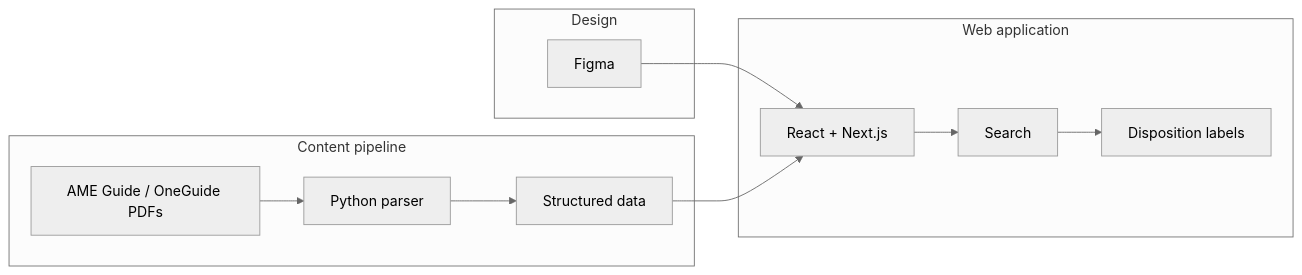
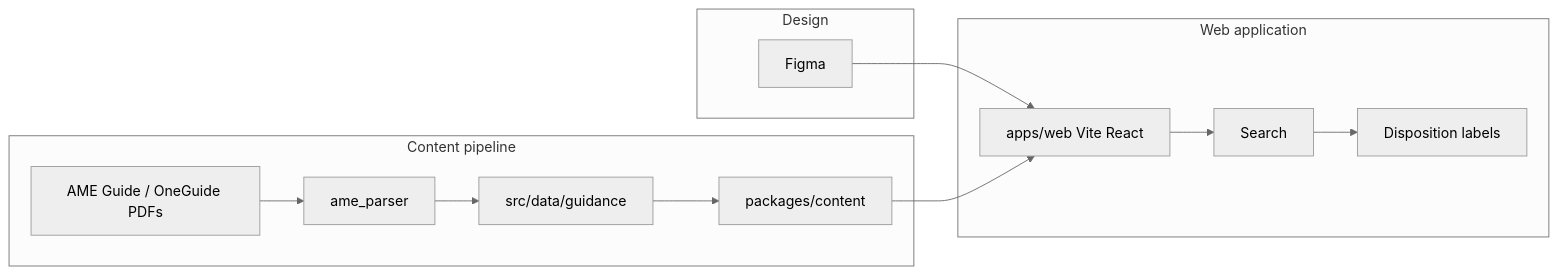
One commit to Colby-Frison/Capstone-Fall2026 changed the diagram in README.md. Above: the diagram before and after it, drawn with Mermaid (neutral theme). The commit also changed other lines of this file and 80 other files, not shown here.

````diff
--- a/README.md
+++ b/README.md
@@ -73,24 +74,24 @@
 ```mermaid
 flowchart LR
     subgraph design[Design]
         FIG["Figma"]
     end
 
     subgraph content[Content pipeline]
         PDF["AME Guide / OneGuide PDFs"]
-        PY["Python parser"]
-        DATA["Structured data"]
+        PY["ame_parser"]
+        DATA["src/data/guidance"]
+        ADAPTER["packages/content"]
     end
 
     subgraph app[Web application]
-        NEXT["React + Next.js"]
+        WEB["apps/web Vite React"]
         SEARCH["Search"]
         DISP["Disposition labels"]
     end
 
-    FIG --> NEXT
-    PDF --> PY --> DATA
-    DATA --> NEXT
-    NEXT --> SEARCH
+    FIG --> WEB
+    PDF --> PY --> DATA --> ADAPTER --> WEB
+    WEB --> SEARCH
     SEARCH --> DISP
 ```
````
